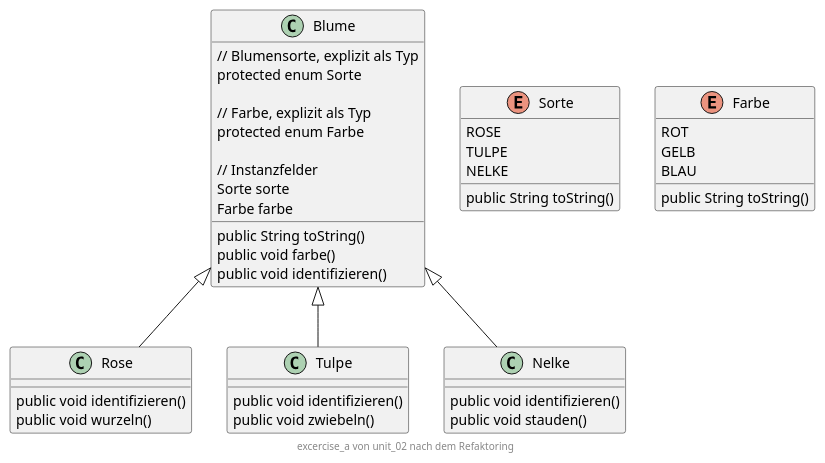
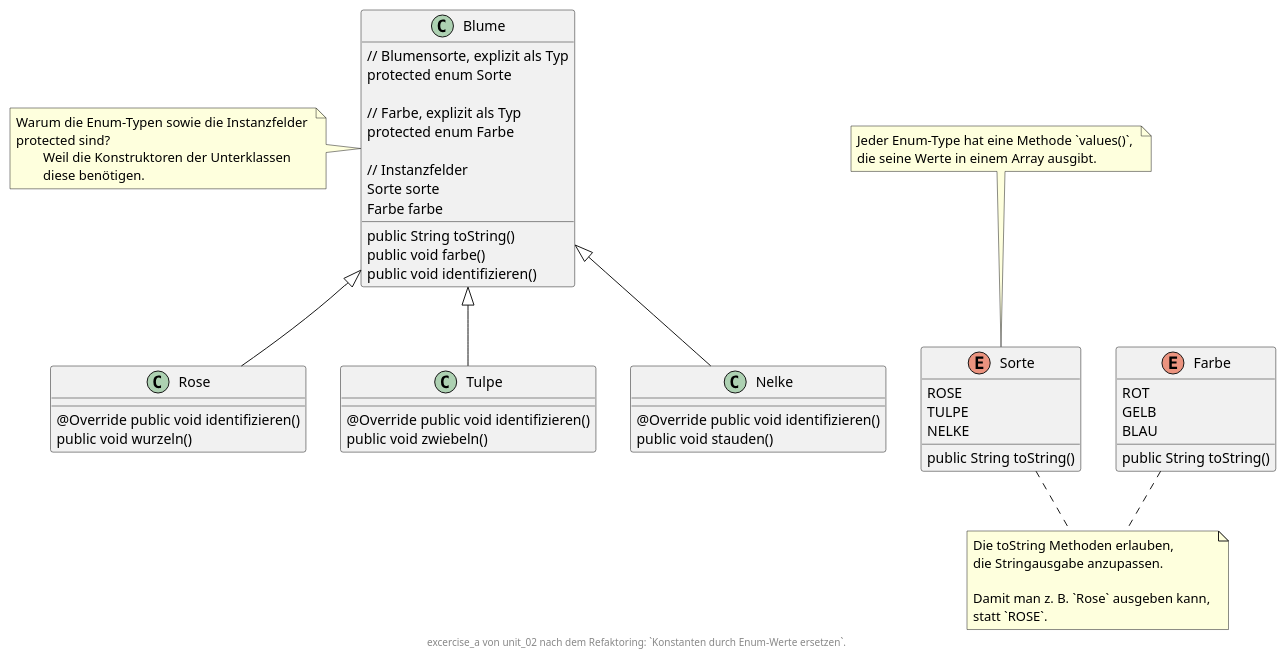
The diagram in units/src/unit_02/excercise_a/assets/classes-after-refaktoring.puml (msg-azubi/java-tutorial), drawn with PlantUML before and after one commit. The commit also changed 2 other files, not shown here.

Commit message:
Verbesserung der Klassendiagramm (Add notes)

```diff
--- a/units/src/unit_02/excercise_a/assets/classes-after-refaktoring.puml
+++ b/units/src/unit_02/excercise_a/assets/classes-after-refaktoring.puml
@@ -1,56 +1,61 @@
 @startuml
 
 abstract class Blume
 
+note "Die toString Methoden erlauben,\ndie Stringausgabe anzupassen. \n\nDamit man z. B. `Rose` ausgeben kann, \nstatt `ROSE`." as TheToStringOfEnum
+Sorte .. TheToStringOfEnum
+Farbe .. TheToStringOfEnum
 
+note left of Blume: Warum die Enum-Typen sowie die Instanzfelder \nprotected sind?\n\tWeil die Konstruktoren der Unterklassen\n\tdiese benötigen.
+note top of Sorte: Jeder Enum-Type hat eine Methode `values()`, \ndie seine Werte in einem Array ausgibt.
 Blume <|-- Rose
 Blume <|-- Tulpe
 Blume <|-- Nelke
 
 class Blume {
 // Blumensorte, explizit als Typ
 protected enum Sorte
 
 // Farbe, explizit als Typ
 protected enum Farbe
 
 // Instanzfelder
 Sorte sorte
 Farbe farbe
 public String toString()
 public void farbe()
 public void identifizieren()
 }
 
 
 enum Sorte {
 ROSE
 TULPE
 NELKE
 public String toString()
 }
 
 enum Farbe {
 ROT
 GELB
 BLAU
 public String toString()
 }
 
 class Rose {
-public void identifizieren()
+@Override public void identifizieren()
 public void wurzeln()
 }
 
 class Tulpe {
-public void identifizieren()
+@Override public void identifizieren()
 public void zwiebeln()
 }
 
 class Nelke {
-public void identifizieren()
+@Override public void identifizieren()
 public void stauden()
 }
 
-center footer excercise_a von unit_02 nach dem Refaktoring
+center footer excercise_a von unit_02 nach dem Refaktoring: `Konstanten durch Enum-Werte ersetzen`.
 @enduml
```
